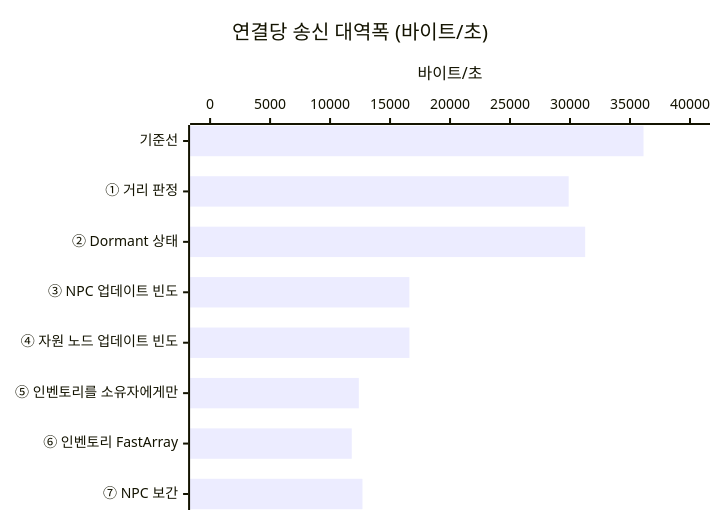
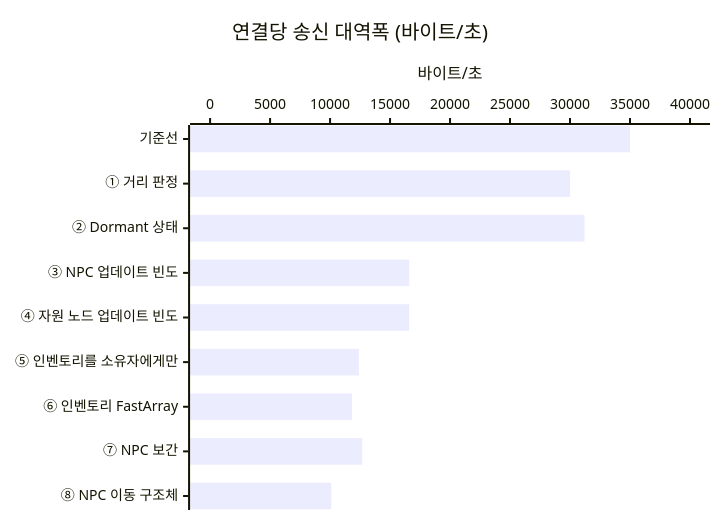
Before and after one commit to hon454/ue-dedicated-server-optimization-lab: the second of 2 diagrams in README.md, drawn with Mermaid. The commit also changed other lines of this file and 5 other files, not shown here.

````diff
--- a/README.md
+++ b/README.md
@@ -36,7 +37,7 @@
 ```mermaid
 xychart-beta horizontal
     title "연결당 송신 대역폭 (바이트/초)"
-    x-axis ["기준선", "① 거리 판정", "② Dormant 상태", "③ NPC 업데이트 빈도", "④ 자원 노드 업데이트 빈도", "⑤ 인벤토리를 소유자에게만", "⑥ 인벤토리 FastArray", "⑦ NPC 보간"]
+    x-axis ["기준선", "① 거리 판정", "② Dormant 상태", "③ NPC 업데이트 빈도", "④ 자원 노드 업데이트 빈도", "⑤ 인벤토리를 소유자에게만", "⑥ 인벤토리 FastArray", "⑦ NPC 보간", "⑧ NPC 이동 구조체"]
     y-axis "바이트/초" 0 --> 40000
-    bar [36128, 29888, 31265, 16608, 16616, 12397, 11807, 12701]
+    bar [35001, 30009, 31205, 16603, 16592, 12402, 11829, 12681, 10094]
 ```
````
